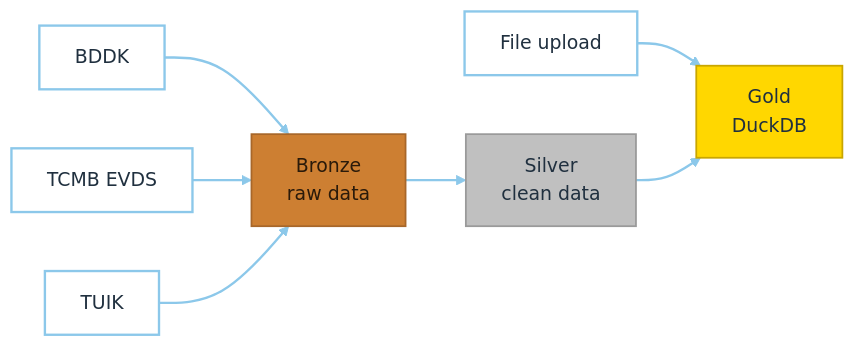
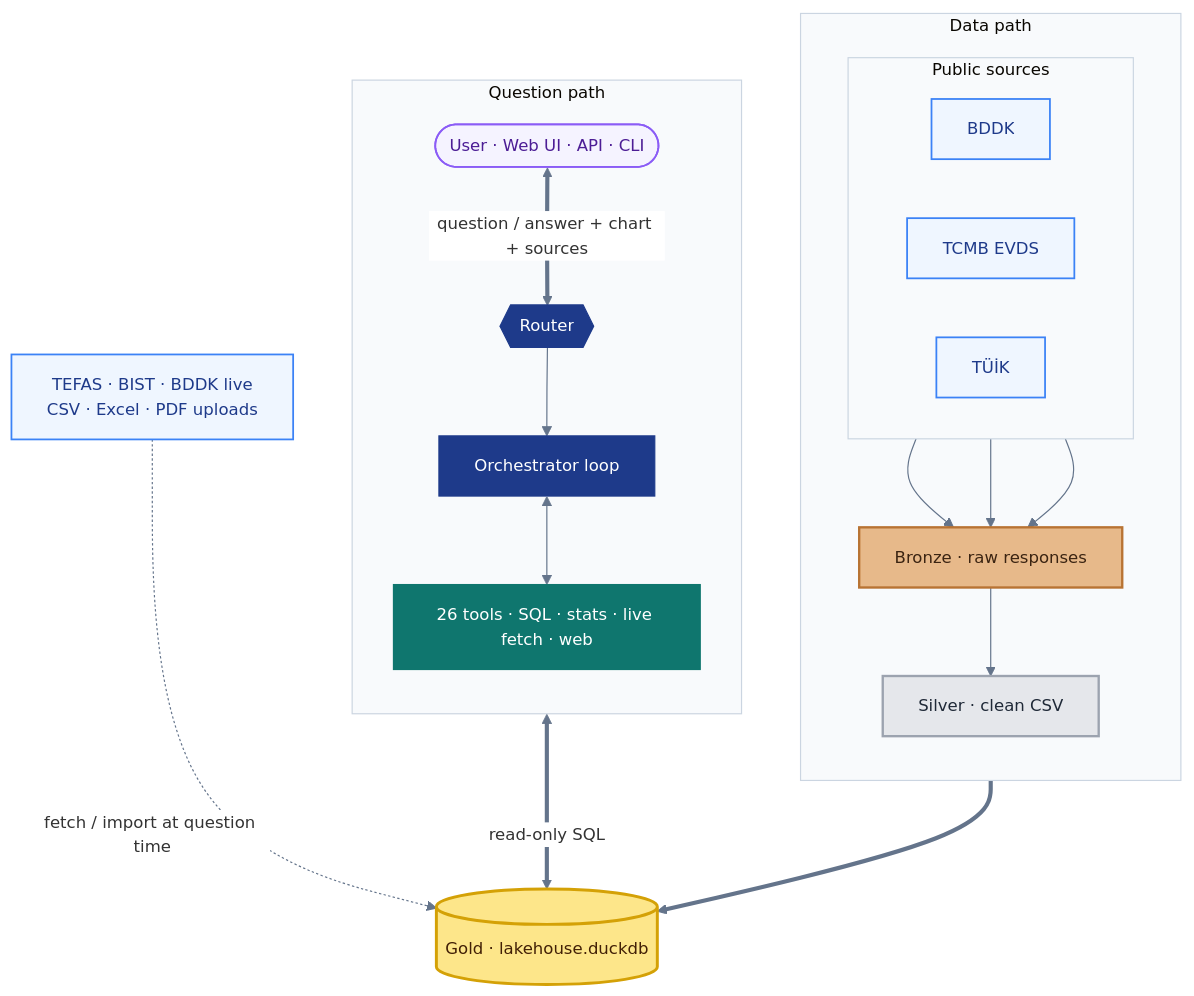
Before and after one commit to berataydemirr/albert-long-nodes-kkb-hackathon: the first of 4 diagrams in README.md, drawn with Mermaid. The commit also changed other lines of this file, not shown here.

Commit message:
Rewrite README with tested setup steps, troubleshooting and clearer diagrams

````diff
--- a/README.md
+++ b/README.md
@@ -41,27 +193,45 @@
 ```mermaid
-graph LR
-  classDef src    fill:#ffffff,stroke:#8cc8ea,stroke-width:2px,color:#20303f
-  classDef bronze fill:#cd7f32,stroke:#a8672a,stroke-width:1.5px,color:#2a1a0a
-  classDef silver fill:#c0c0c0,stroke:#9a9a9a,stroke-width:1.5px,color:#20303f
-  classDef gold   fill:#ffd700,stroke:#c9a600,stroke-width:1.5px,color:#20303f
+%%{init: {"theme": "base", "themeVariables": {"fontFamily": "Segoe UI, Helvetica, Arial, sans-serif", "fontSize": "14px", "lineColor": "#64748b", "clusterBkg": "#f8fafc", "clusterBorder": "#cbd5e1", "edgeLabelBackground": "#ffffff"}}}%%
+flowchart TB
+  classDef src    fill:#eff6ff,stroke:#3b82f6,stroke-width:1.5px,color:#1e3a8a
+  classDef user   fill:#f5f3ff,stroke:#8b5cf6,stroke-width:1.5px,color:#4c1d95
+  classDef bronze fill:#e7b98a,stroke:#b87333,stroke-width:2px,color:#3b2412
+  classDef silver fill:#e5e7eb,stroke:#9ca3af,stroke-width:2px,color:#1f2937
+  classDef gold   fill:#fde68a,stroke:#d4a106,stroke-width:2.5px,color:#422006
+  classDef brain  fill:#1e3a8a,stroke:#1e3a8a,color:#ffffff
+  classDef tool   fill:#0f766e,stroke:#0f766e,color:#ffffff
 
-  A1["BDDK"]
-  A2["TCMB EVDS"]
-  A3["TUIK"]
-  A4["File upload"]
-  B1["Bronze<br/>raw data"]
-  B2["Silver<br/>clean data"]
-  B3["Gold<br/>DuckDB"]
+  subgraph DATA["Data path"]
+    direction TB
+    subgraph SRC["Public sources"]
+      direction LR
+      bddk["BDDK"]:::src
+      evds["TCMB EVDS"]:::src
+      tuik["TÜİK"]:::src
+    end
+    bronze["Bronze · raw responses"]:::bronze
+    silver["Silver · clean CSV"]:::silver
+    bddk --> bronze
+    evds --> bronze
+    tuik --> bronze
+    bronze --> silver
+  end
 
-  A1 --> B1
-  A2 --> B1
-  A3 --> B1
-  A4 --> B3
-  B1 --> B2 --> B3
+  subgraph AGENT["Question path"]
+    direction TB
+    user(["User · Web UI · API · CLI"]):::user
+    router{{"Router"}}:::brain
+    orch["Orchestrator loop"]:::brain
+    tools["26 tools · SQL · stats · live fetch · web"]:::tool
+    user <== "question / answer + chart + sources" ==> router
+    router --> orch
+    orch <--> tools
+  end
 
-  class A1,A2,A3,A4 src
-  class B1 bronze
-  class B2 silver
-  class B3 gold
-  linkStyle default stroke:#8cc8ea,stroke-width:2px
+  gold[("Gold · lakehouse.duckdb")]:::gold
+  live["TEFAS · BIST · BDDK live<br/>CSV · Excel · PDF uploads"]:::src
+
+  silver ==> gold
+  tools <== "read-only SQL" ==> gold
+  live -. "fetch / import at question time" .-> gold
 ```
````
